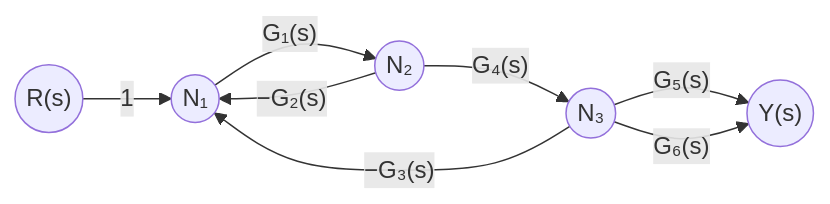
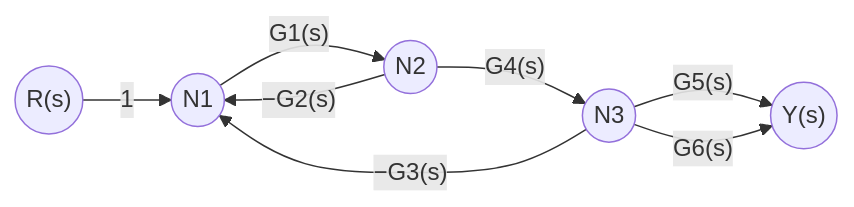
The fourth of 14 diagrams in Lecture-Notes/Week06_Control-System-Modeling-III/Concepts_Lecture.ko.md (Choroning/25Fall_Neural-Network-Control-Systems), drawn with Mermaid before and after one commit. The commit also changed other lines of this file and 25 other files, not shown here.

````diff
--- a/Lecture-Notes/Week06_Control-System-Modeling-III/Concepts_Lecture.ko.md
+++ b/Lecture-Notes/Week06_Control-System-Modeling-III/Concepts_Lecture.ko.md
@@ -122,10 +122,10 @@
 ```mermaid
 flowchart LR
-  R(("R(s)")) -->|"1"| N1(("N₁"))
-  N1 -->|"G₁(s)"| N2(("N₂"))
-  N2 -->|"−G₂(s)"| N1
-  N2 -->|"G₄(s)"| N3(("N₃"))
-  N3 -->|"−G₃(s)"| N1
-  N3 -->|"G₅(s)"| Y(("Y(s)"))
-  N3 -->|"G₆(s)"| Y
+  R(("R(s)")) -->|"1"| N1(("N1"))
+  N1 -->|"G1(s)"| N2(("N2"))
+  N2 -->|"−G2(s)"| N1
+  N2 -->|"G4(s)"| N3(("N3"))
+  N3 -->|"−G3(s)"| N1
+  N3 -->|"G5(s)"| Y(("Y(s)"))
+  N3 -->|"G6(s)"| Y
 ```
````
